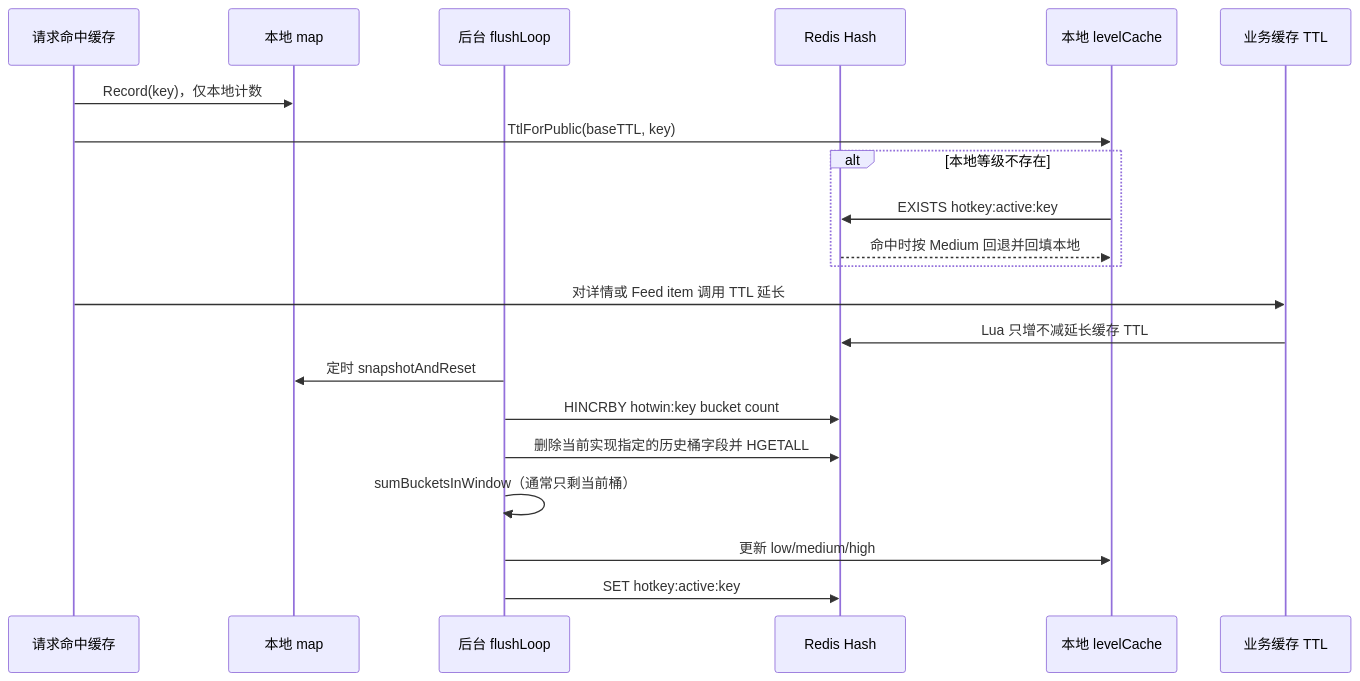
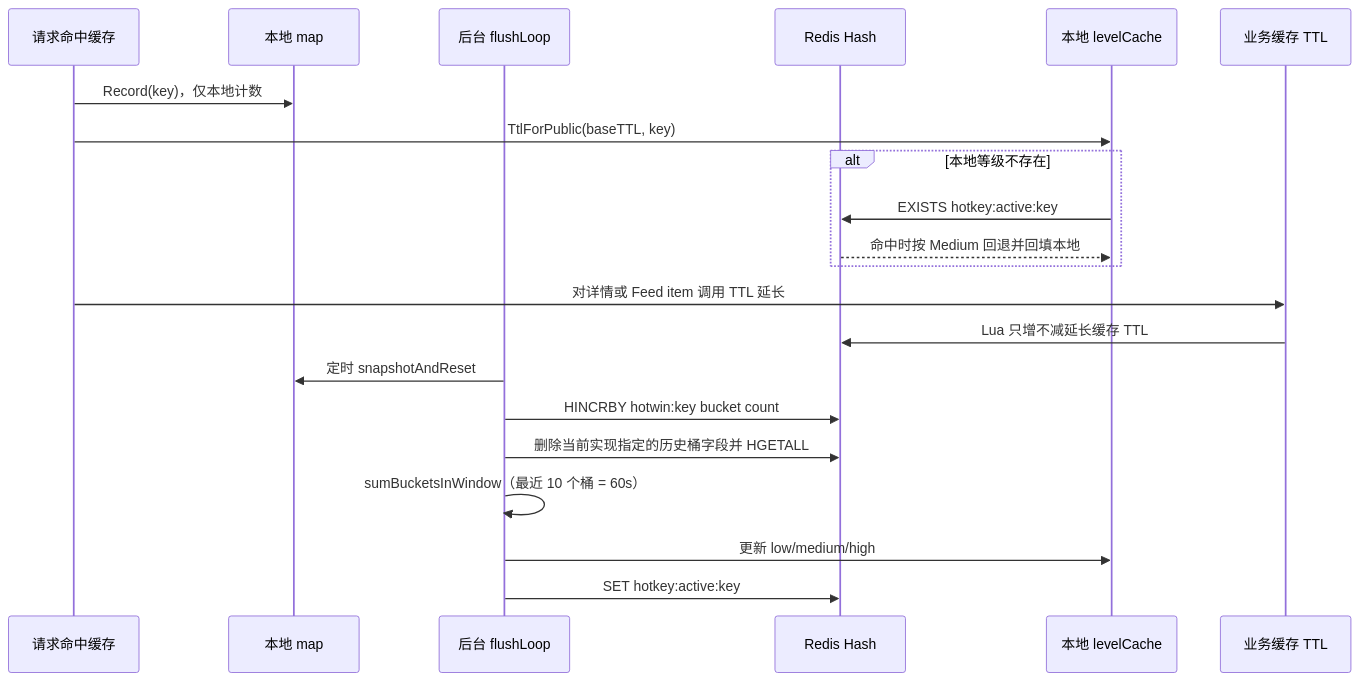
The eighth of 13 diagrams in docs/modules/09-热点缓存与多级缓存策略.md (bitladykiller/zhiguang_go), drawn with Mermaid before and after one commit. The commit also changed other lines of this file and 150 other files, not shown here.

````diff
--- a/docs/modules/09-热点缓存与多级缓存策略.md
+++ b/docs/modules/09-热点缓存与多级缓存策略.md
@@ -356,24 +371,24 @@
 ```mermaid
 sequenceDiagram
     participant Req as 请求命中缓存
     participant Local as 本地 map
     participant Flush as 后台 flushLoop
     participant Redis as Redis Hash
     participant Level as 本地 levelCache
     participant Biz as 业务缓存 TTL
 
     Req->>Local: Record(key)，仅本地计数
     Req->>Level: TtlForPublic(baseTTL, key)
     alt 本地等级不存在
         Level->>Redis: EXISTS hotkey:active:key
         Redis-->>Level: 命中时按 Medium 回退并回填本地
     end
     Req->>Biz: 对详情或 Feed item 调用 TTL 延长
     Biz->>Redis: Lua 只增不减延长缓存 TTL
     Flush->>Local: 定时 snapshotAndReset
     Flush->>Redis: HINCRBY hotwin:key bucket count
     Flush->>Redis: 删除当前实现指定的历史桶字段并 HGETALL
-    Flush->>Flush: sumBucketsInWindow（通常只剩当前桶）
+    Flush->>Flush: sumBucketsInWindow（最近 10 个桶 = 60s）
     Flush->>Level: 更新 low/medium/high
     Flush->>Redis: SET hotkey:active:key
 ```
````
